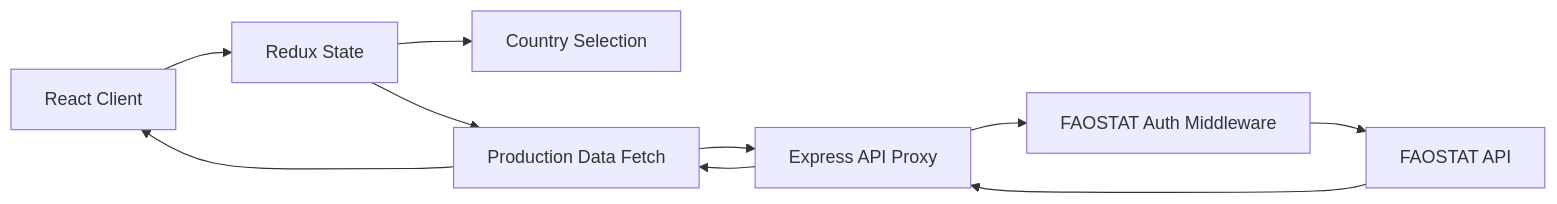
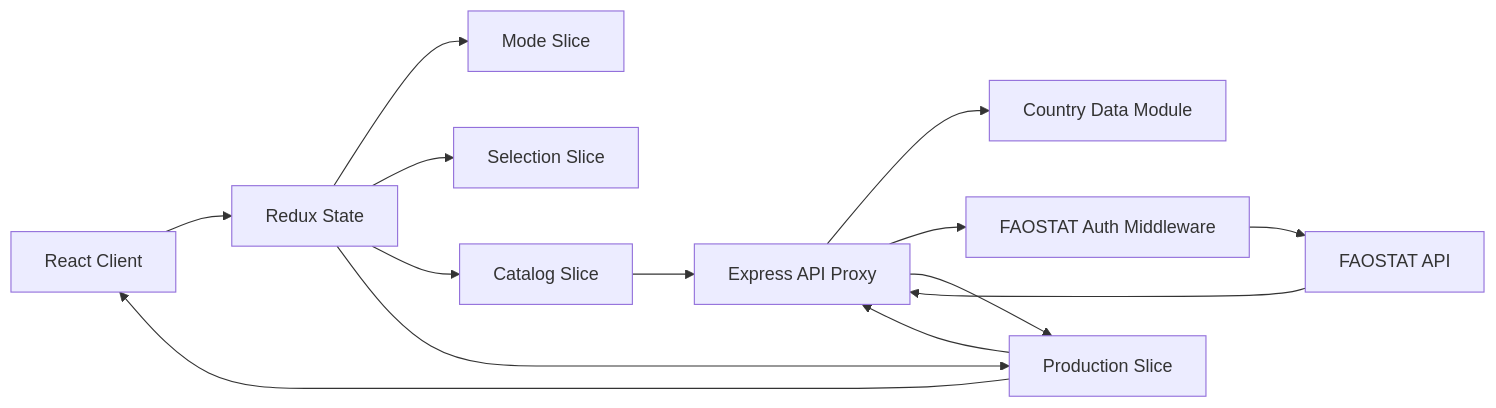
The diagram in TECHNICAL_DOC.md (andervallejolarre/arabica-coffee-dashboard), drawn with Mermaid before and after one commit. The commit also changed other lines of this file and 1 other file, not shown here.

````diff
--- a/TECHNICAL_DOC.md
+++ b/TECHNICAL_DOC.md
@@ -85,12 +109,16 @@
 ```mermaid
 flowchart LR
     A[React Client] --> B[Redux State]
-    B --> C[Country Selection]
-    B --> D[Production Data Fetch]
-    D --> E[Express API Proxy]
+    B --> M[Mode Slice]
+    B --> S[Selection Slice]
+    B --> K[Catalog Slice]
+    B --> P[Production Slice]
+    P --> E[Express API Proxy]
+    K --> E
+    E --> CD[Country Data Module]
     E --> F[FAOSTAT Auth Middleware]
     F --> G[FAOSTAT API]
     G --> E
-    E --> D
-    D --> A
+    E --> P
+    P --> A
 ```
````
